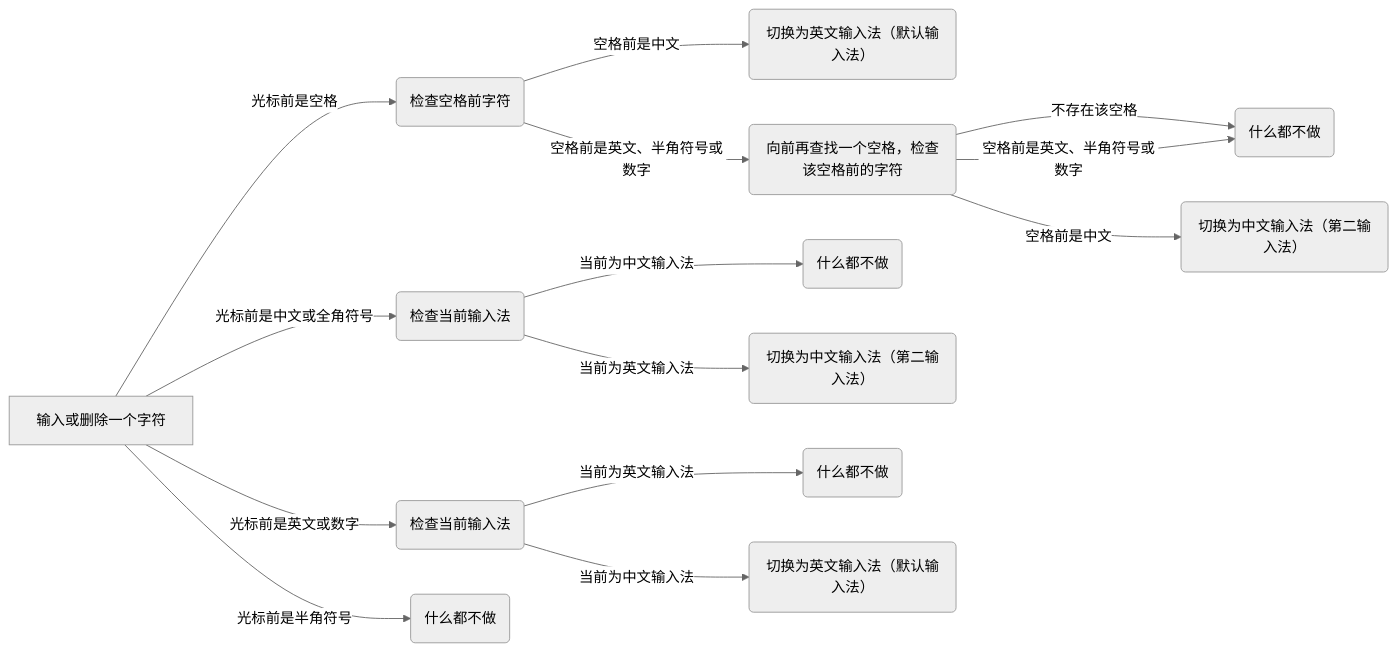
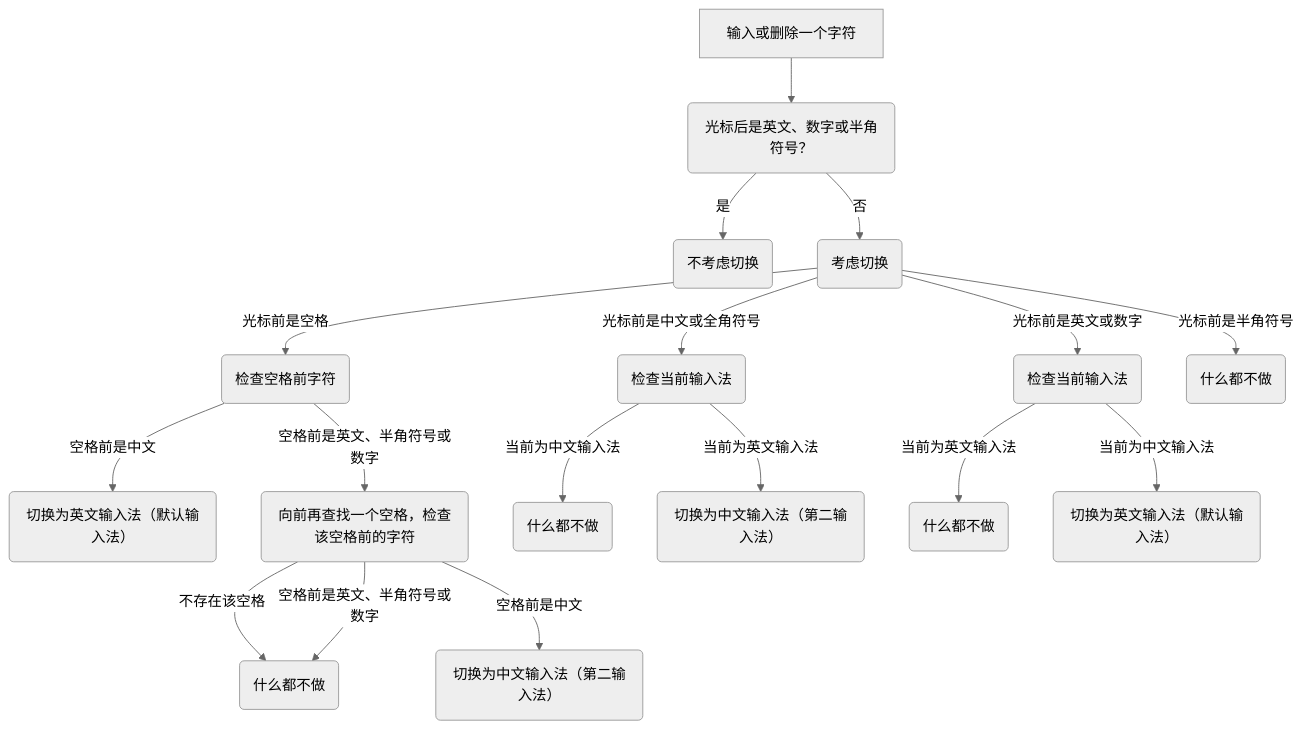
One commit to SilverofLight/im-select.nvim changed the diagram in README.md. Above: the diagram before and after it, drawn with Mermaid (neutral theme). The commit also changed 1 other file, not shown here.

Commit message:
feat(after cursor): don't change im if en word after cursor

````diff
--- a/README.md
+++ b/README.md
@@ -28,16 +28,19 @@
 ```mermaid
-flowchart LR
-A[输入或删除一个字符] --> |光标前是空格| B(检查空格前字符)
+flowchart TD
+A[输入或删除一个字符] --> AA(光标后是英文、数字或半角符号？)
+    AA --> |是| AB(不考虑切换)
+    AA --> |否| AC(考虑切换)
+    AC --> |光标前是空格| B(检查空格前字符)
     B --> |空格前是中文| C(切换为英文输入法（默认输入法）)
     B --> |空格前是英文、半角符号或数字| D(向前再查找一个空格，检查该空格前的字符)
     D --> |不存在该空格| E(什么都不做)
     D --> |空格前是中文| F(切换为中文输入法（第二输入法）)
     D --> |空格前是英文、半角符号或数字| E
-    A --> |光标前是中文或全角符号| G(检查当前输入法)
+    AC --> |光标前是中文或全角符号| G(检查当前输入法)
     G --> |当前为中文输入法| H(什么都不做)
     G --> |当前为英文输入法| I(切换为中文输入法（第二输入法）)
-    A --> |光标前是英文或数字| J(检查当前输入法)
+    AC --> |光标前是英文或数字| J(检查当前输入法)
     J --> |当前为英文输入法| L(什么都不做)
     J --> |当前为中文输入法| K(切换为英文输入法（默认输入法）)
-    A --> |光标前是半角符号| M(什么都不做)
+    AC --> |光标前是半角符号| M(什么都不做)
 ```
````
